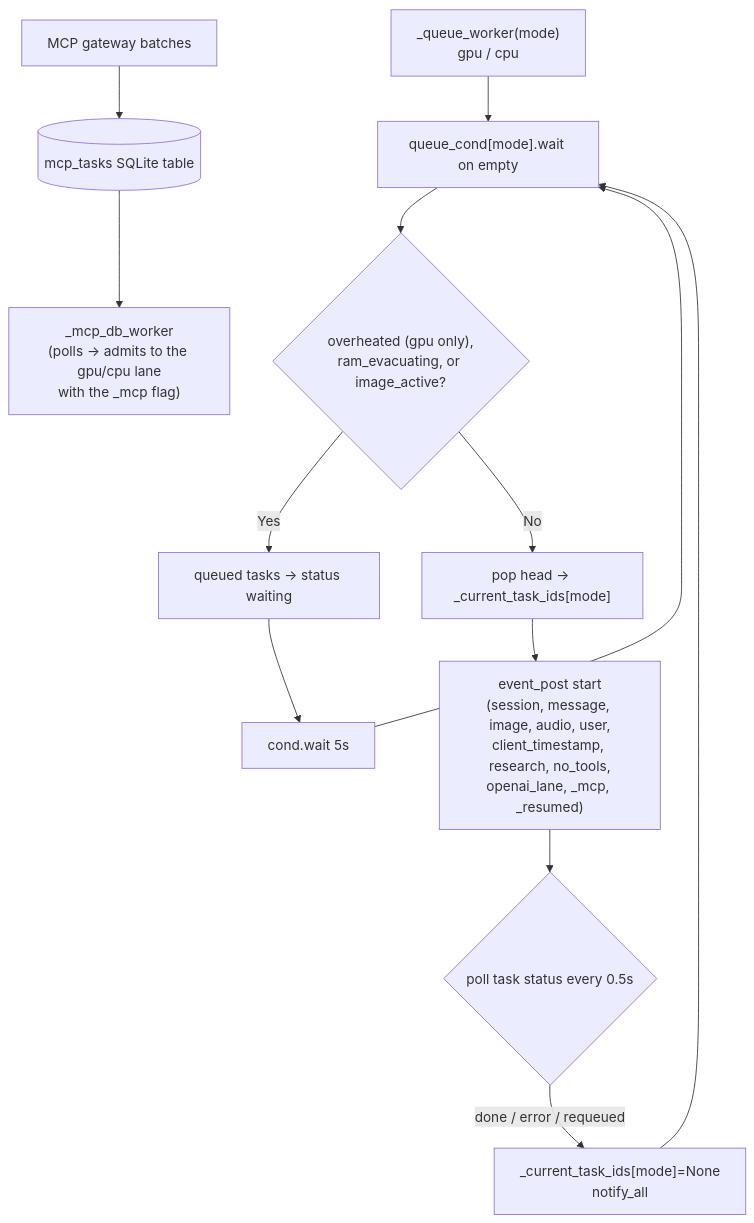
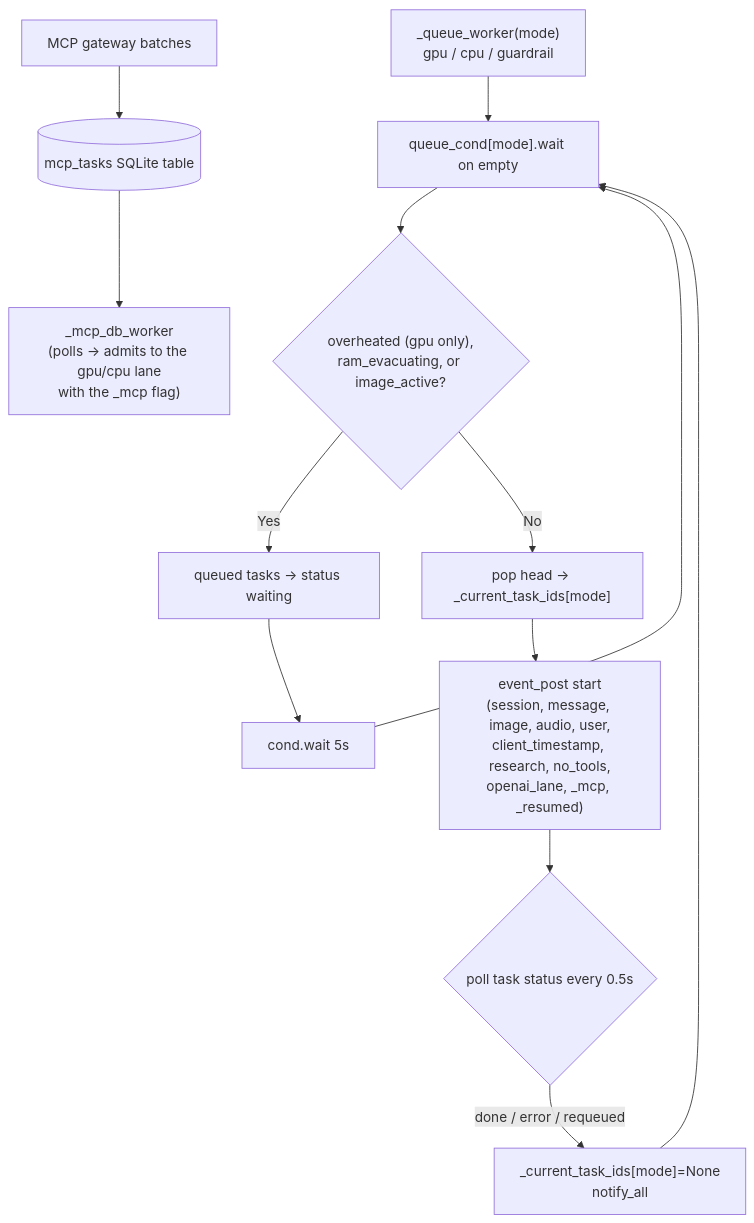
One commit to Palash90/local-ai changed the eighth of 13 diagrams in ARCHITECTURE.md. Above: the diagram before and after it, drawn with Mermaid. The commit also changed other lines of this file and 6 other files, not shown here.

````diff
--- a/ARCHITECTURE.md
+++ b/ARCHITECTURE.md
@@ -309,13 +314,13 @@
 ```mermaid
 graph TD
-    E2["_queue_worker(mode)\ngpu / cpu"] --> QueueLoop["queue_cond[mode].wait on empty"]
+    E2["_queue_worker(mode)\ngpu / cpu / guardrail"] --> QueueLoop["queue_cond[mode].wait on empty"]
     QueueLoop --> PauseCheck{"overheated (gpu only),\nram_evacuating, or image_active?"}
     PauseCheck -- Yes --> MarkWaiting["queued tasks → status waiting"]
     MarkWaiting --> PauseWait["cond.wait 5s"] --> QueueLoop
     PauseCheck -- No --> PopTask["pop head → _current_task_ids[mode]"]
     PopTask --> PostStart["event_post start\n(session, message, image, audio, user,\nclient_timestamp, research, no_tools,\nopenai_lane, _mcp, _resumed)"]
     PostStart --> TaskDoneWait{"poll task status every 0.5s"}
     TaskDoneWait -- "done / error / requeued" --> Clear["_current_task_ids[mode]=None\nnotify_all"] --> QueueLoop
 
     MCP["MCP gateway batches"] --> DBQ[("mcp_tasks SQLite table")] --> MW["_mcp_db_worker\n(polls → admits to the gpu/cpu lane\nwith the _mcp flag)"]
 ```
````
